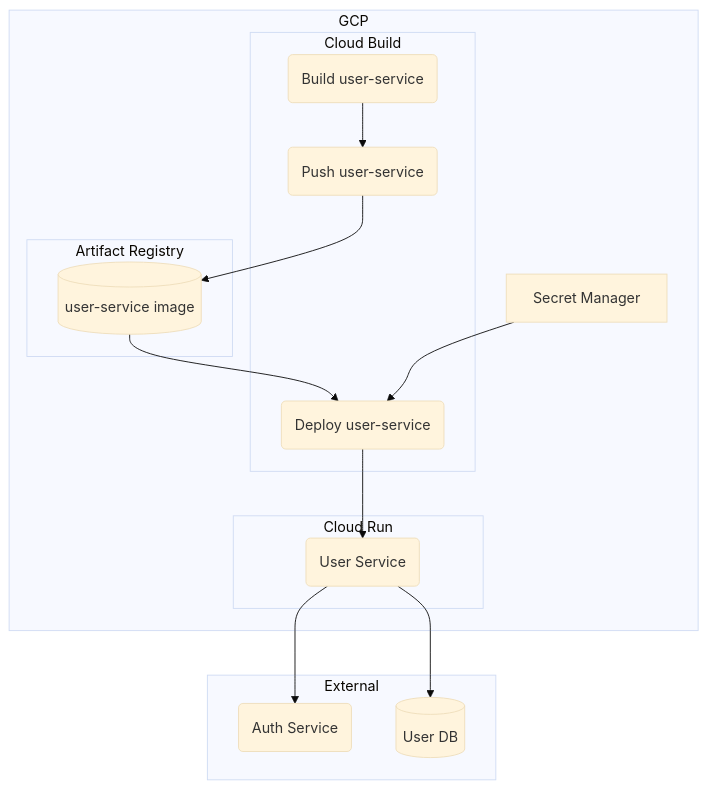
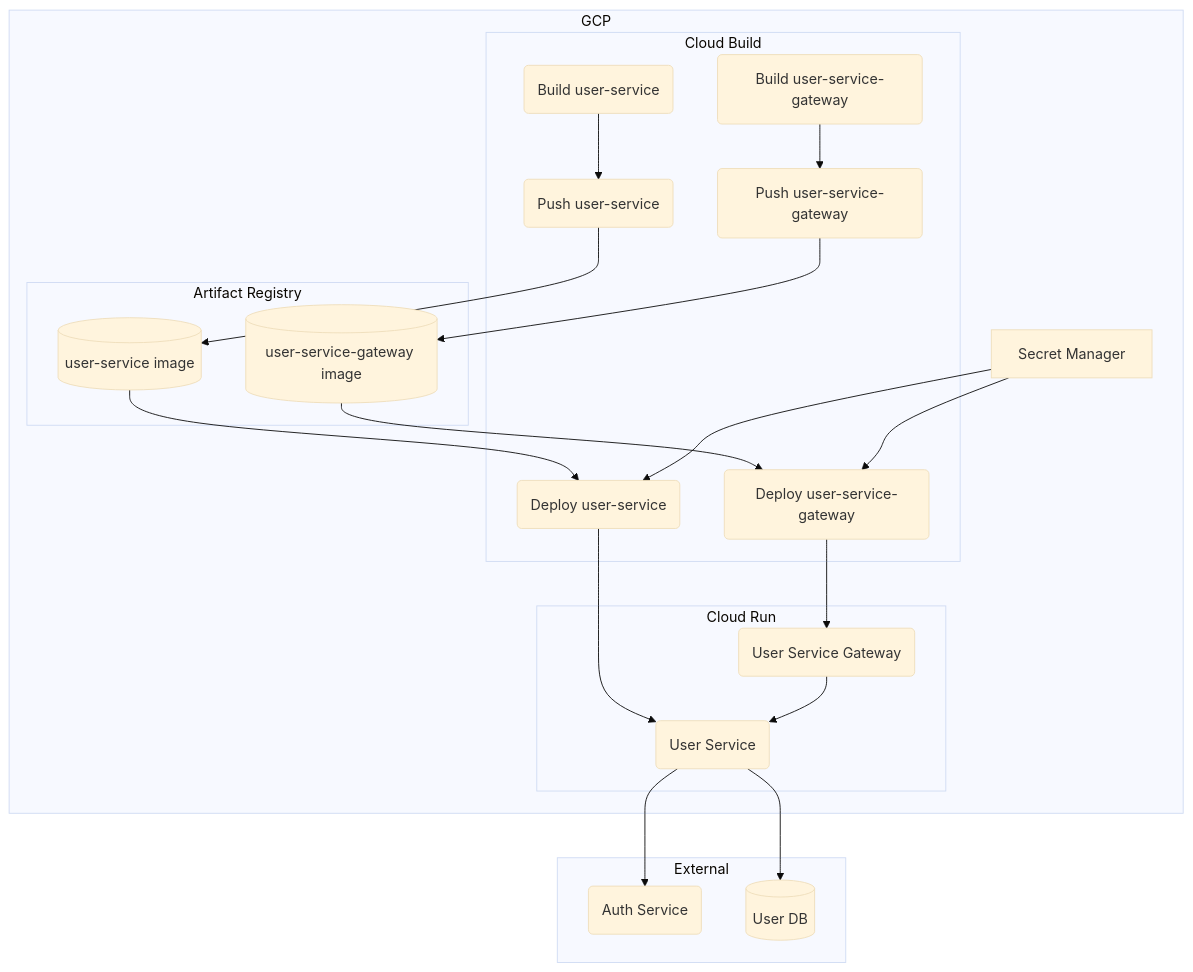
One commit to qkitzero/user-service changed the second of 2 diagrams in README.md. Above: the diagram before and after it, drawn with Mermaid (base theme). The commit also changed other lines of this file and 6 other files, not shown here.

````diff
--- a/README.md
+++ b/README.md
@@ -38,34 +38,45 @@
 ```mermaid
 flowchart TD
     subgraph gcp[GCP]
         secret_manager[Secret Manager]
 
         subgraph cloud_build[Cloud Build]
             build_user_service(Build user-service)
             push_user_service(Push user-service)
             deploy_user_service(Deploy user-service)
+
+            build_user_service_gateway(Build user-service-gateway)
+            push_user_service_gateway(Push user-service-gateway)
+            deploy_user_service_gateway(Deploy user-service-gateway)
         end
+
 
         subgraph artifact_registry[Artifact Registry]
             user_service_image[(user-service image)]
+            user_service_gateway_image[(user-service-gateway image)]
         end
 
         subgraph cloud_run[Cloud Run]
             user_service(User Service)
+            user_service_gateway(User Service Gateway)
         end
     end
 
     subgraph external[External]
         auth_service(Auth Service)
         user_db[(User DB)]
     end
 
     build_user_service --> push_user_service --> user_service_image
+    build_user_service_gateway --> push_user_service_gateway --> user_service_gateway_image
 
     user_service_image --> deploy_user_service --> user_service
+    user_service_gateway_image --> deploy_user_service_gateway --> user_service_gateway
 
     secret_manager --> deploy_user_service
+    secret_manager --> deploy_user_service_gateway
 
+    user_service_gateway --> user_service
     user_service --> user_db
     user_service --> auth_service
 ```
````
